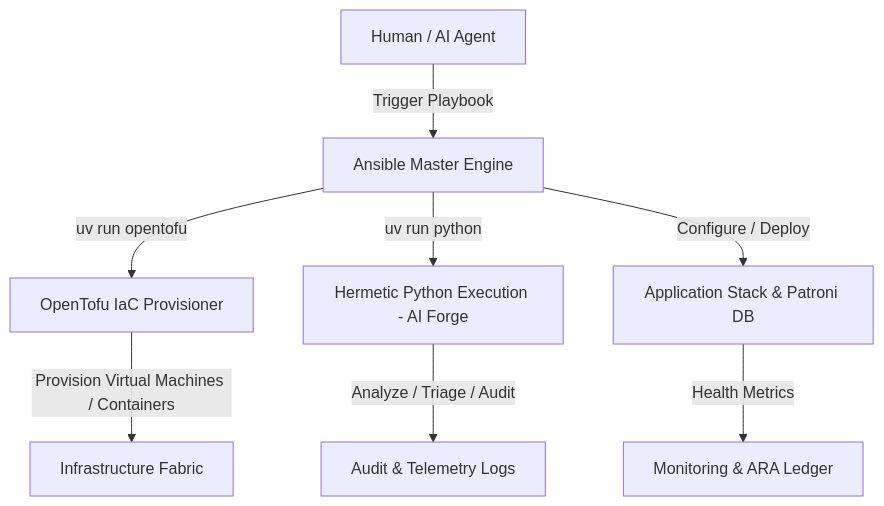
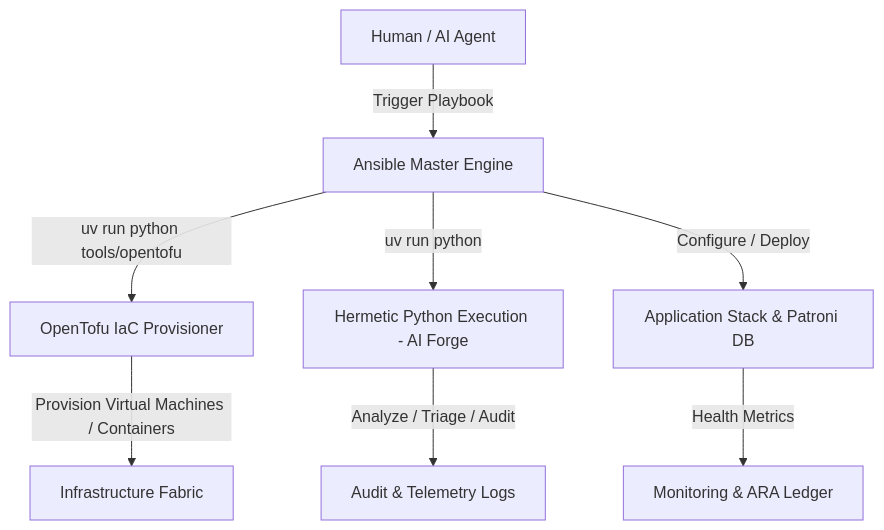
One commit to linuxmalaysia/bda-ai-infra changed the diagram in docs/how-to-guides/ansible-ai-forge-opentofu-integration.md. Above: the diagram before and after it, drawn with Mermaid. The commit also changed other lines of this file and 5 other files, not shown here.

Commit message:
fix: refine OpenTofu HCL declarations, CLI emulator error handling, and test invocations

````diff
--- a/docs/how-to-guides/ansible-ai-forge-opentofu-integration.md
+++ b/docs/how-to-guides/ansible-ai-forge-opentofu-integration.md
@@ -115,10 +115,10 @@
 ```mermaid
 graph TD
     A[Human / AI Agent] -->|Trigger Playbook| B[Ansible Master Engine]
-    B -->|uv run opentofu| C[OpenTofu IaC Provisioner]
+    B -->|uv run python tools/opentofu| C[OpenTofu IaC Provisioner]
     C -->|Provision Virtual Machines / Containers| D[Infrastructure Fabric]
     B -->|uv run python| E[Hermetic Python Execution - AI Forge]
     E -->|Analyze / Triage / Audit| F[Audit & Telemetry Logs]
     B -->|Configure / Deploy| G[Application Stack & Patroni DB]
     G -->|Health Metrics| H[Monitoring & ARA Ledger]
 ```
````
